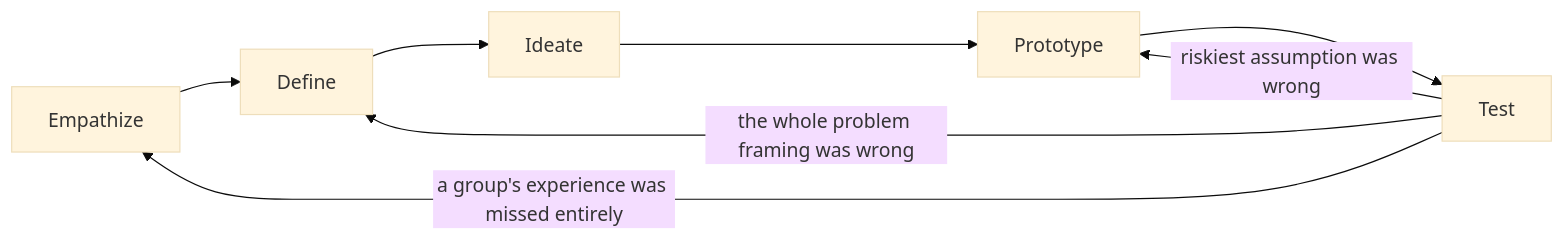
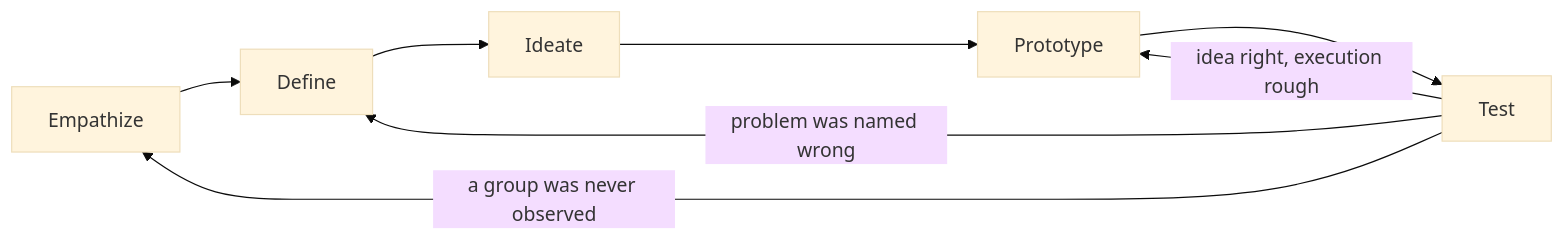
Before and after one commit to francoandreDev/knowledge: the first of 2 diagrams in src/content/design/design-thinking-process/L2-concept.mdx, drawn with Mermaid (base theme). The commit also changed other lines of this file and 19 other files, not shown here.

Commit message:
Migrate design batch 1 (design-thinking-process, usability-heuristics, information-architecture, visual-design-fundamentals) to the three-tier exercise model

````diff
--- a/src/content/design/design-thinking-process/L2-concept.mdx
+++ b/src/content/design/design-thinking-process/L2-concept.mdx
@@ -37,10 +40,10 @@
 ```mermaid
 flowchart LR
     E[Empathize] --> D[Define]
     D --> I[Ideate]
     I --> P[Prototype]
     P --> T[Test]
-    T -->|riskiest assumption was wrong| P
-    T -->|the whole problem framing was wrong| D
-    T -->|a group's experience was missed entirely| E
+    T -->|"idea right, execution rough"| P
+    T -->|"problem was named wrong"| D
+    T -->|"a group was never observed"| E
 ```
````
